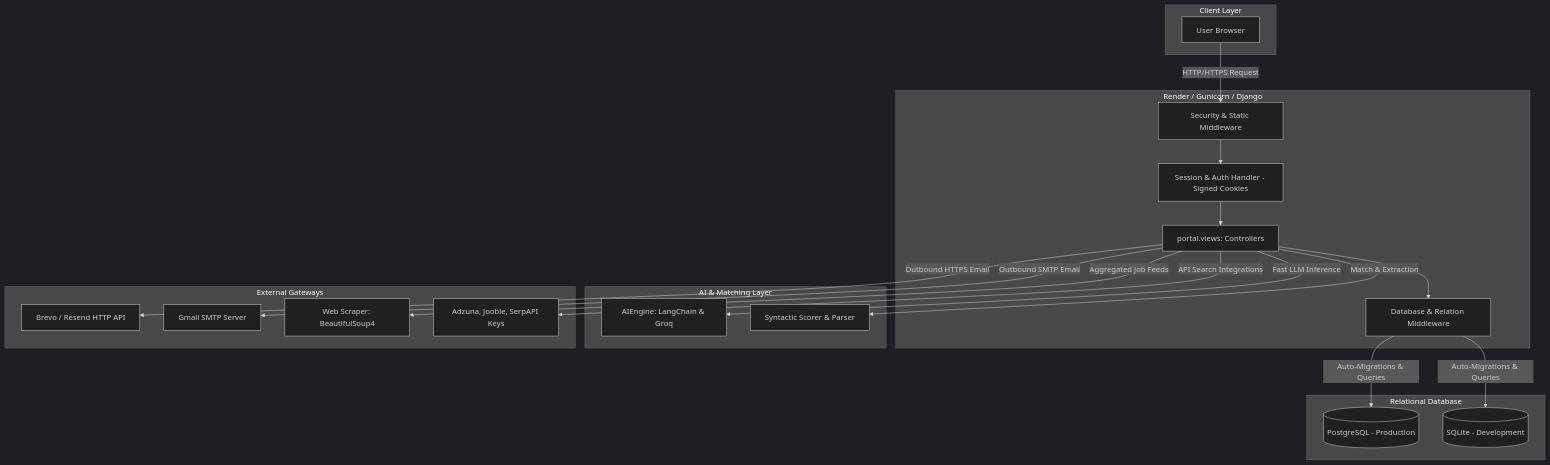
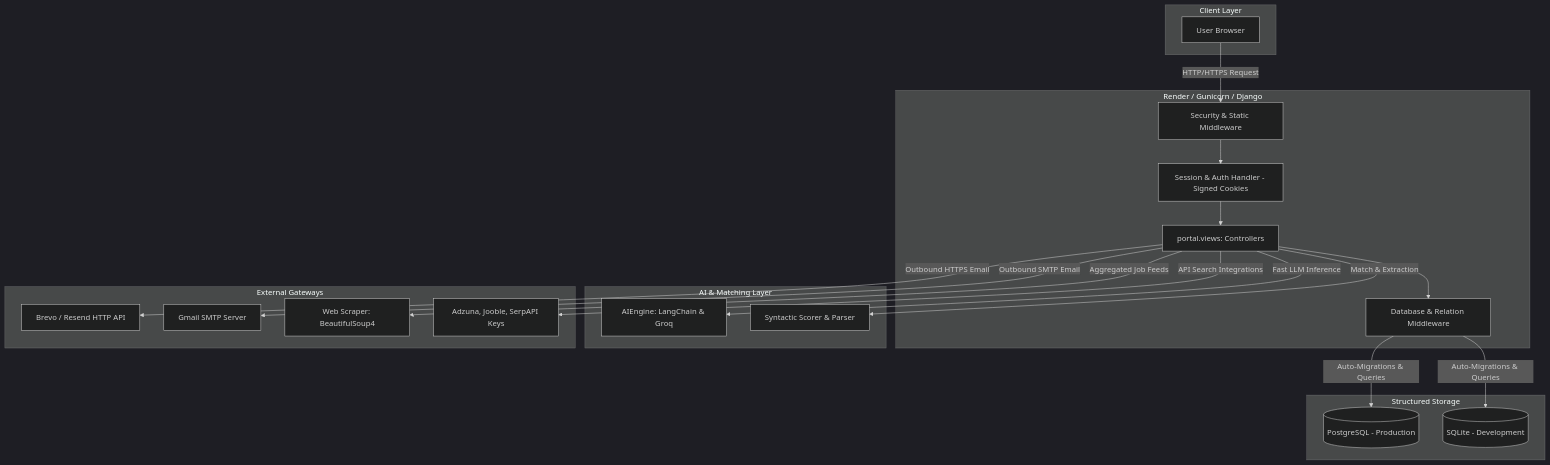
Before and after one commit to siddheshasati/CareerNeuron-Pro: the first of 3 diagrams in README.md, drawn with Mermaid (dark theme). The commit also changed other lines of this file, not shown here.

Commit message:
Explain structured RAG pattern and why ChromaDB is not used in README.md

````diff
--- a/README.md
+++ b/README.md
@@ -50,43 +51,43 @@
 ```mermaid
 flowchart TD
     subgraph Client Layer
         A[User Browser]
     end
 
     subgraph Application Server [Render / Gunicorn / Django]
         B[Security & Static Middleware]
         C[Session & Auth Handler - Signed Cookies]
         D[portal.views: Controllers]
         E[Database & Relation Middleware]
     end
 
     subgraph AI & Matching Layer
         F[AIEngine: LangChain & Groq]
         G[Syntactic Scorer & Parser]
     end
 
     subgraph External Gateways
         H[Brevo / Resend HTTP API]
         I[Gmail SMTP Server]
         J[Web Scraper: BeautifulSoup4]
         K[Adzuna, Jooble, SerpAPI Keys]
     end
 
-    subgraph Relational Database
+    subgraph Relational Database [Structured Storage]
         L[(PostgreSQL - Production)]
         M[(SQLite - Development)]
     end
 
     A -->|HTTP/HTTPS Request| B
     B --> C
     C --> D
     D --> E
     E -->|Auto-Migrations & Queries| L
     E -->|Auto-Migrations & Queries| M
     D -->|Match & Extraction| G
     D -->|Fast LLM Inference| F
     D -->|Outbound HTTPS Email| H
     D -->|Outbound SMTP Email| I
     D -->|Aggregated Job Feeds| J
     D -->|API Search Integrations| K
 ```
````
